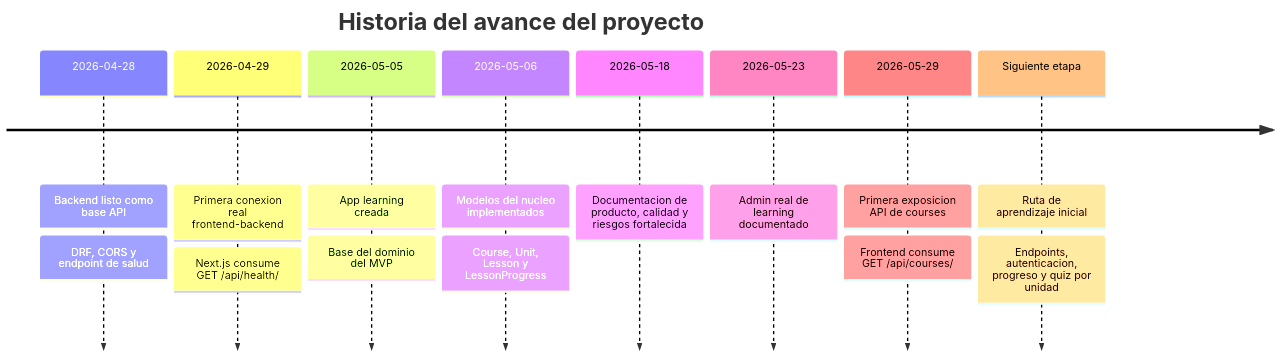
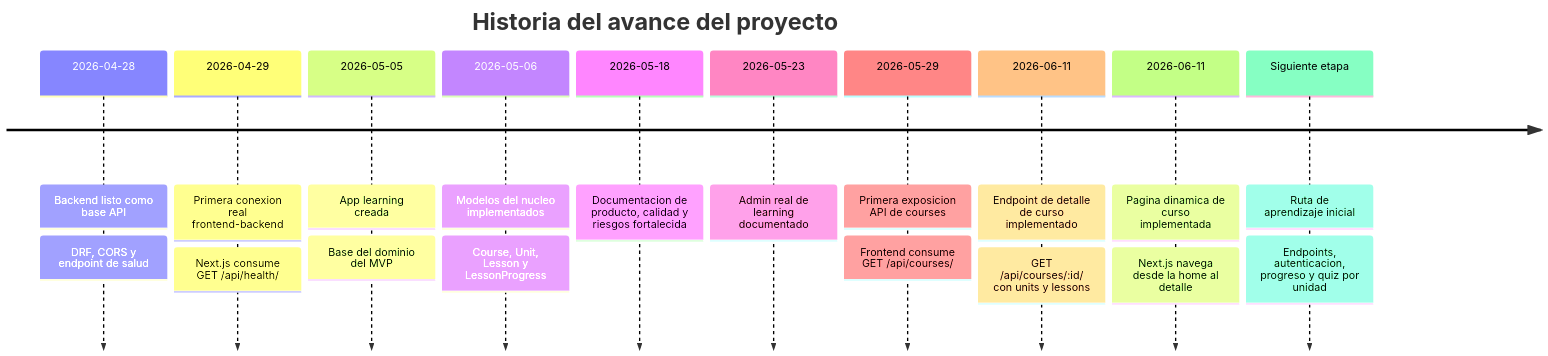
One commit to fcamusr/portafolio-e-learning-teologia changed the first of 6 diagrams in docs/progress/DIAGRAMS.md. Above: the diagram before and after it, drawn with Mermaid. The commit also changed other lines of this file and 19 other files, not shown here.

First line of the commit message:
feat: implementar detalle de curso

````diff
--- a/docs/progress/DIAGRAMS.md
+++ b/docs/progress/DIAGRAMS.md
@@ -7,18 +7,22 @@
 ```mermaid
 timeline
   title Historia del avance del proyecto
   2026-04-28 : Backend listo como base API
              : DRF, CORS y endpoint de salud
   2026-04-29 : Primera conexion real frontend-backend
              : Next.js consume GET /api/health/
   2026-05-05 : App learning creada
              : Base del dominio del MVP
   2026-05-06 : Modelos del nucleo implementados
              : Course, Unit, Lesson y LessonProgress
   2026-05-18 : Documentacion de producto, calidad y riesgos fortalecida
   2026-05-23 : Admin real de learning documentado
   2026-05-29 : Primera exposicion API de courses
              : Frontend consume GET /api/courses/
+  2026-06-11 : Endpoint de detalle de curso implementado
+             : GET /api/courses/:id/ con units y lessons
+  2026-06-11 : Pagina dinamica de curso implementada
+             : Next.js navega desde la home al detalle
   Siguiente etapa : Ruta de aprendizaje inicial
                   : Endpoints, autenticacion, progreso y quiz por unidad
 ```
````
